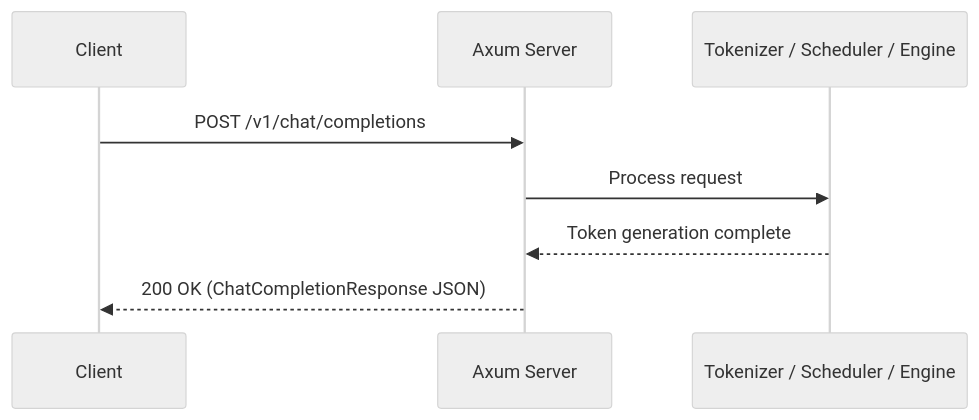
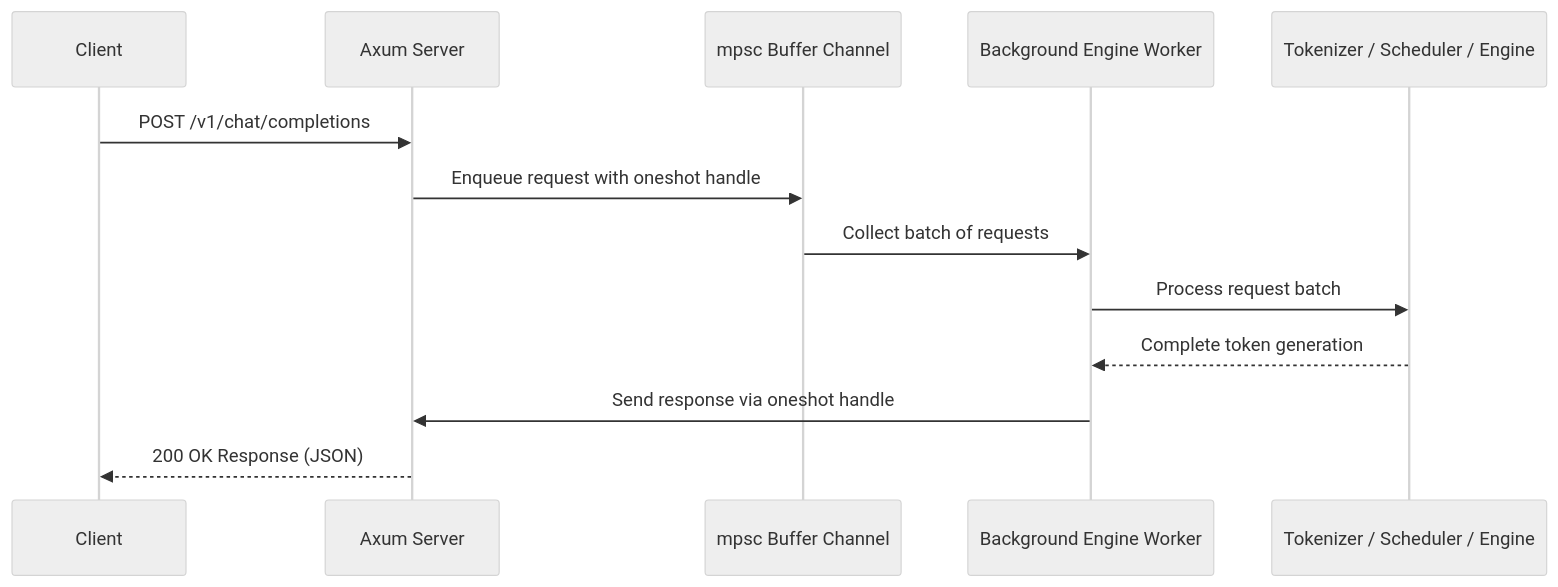
One commit to Ammar-Alnagar/mini-sglang-rs changed the first of 6 diagrams in docs/features.md. Above: the diagram before and after it, drawn with Mermaid (neutral theme). The commit also changed other lines of this file and 4 other files, not shown here.

First line of the commit message:
Update documentation and system diagrams (#4)

````diff
--- a/docs/features.md
+++ b/docs/features.md
@@ -7,11 +7,16 @@
 ```mermaid
 sequenceDiagram
     participant Client
     participant Server as Axum Server
+    participant Channel as mpsc Buffer Channel
+    participant Worker as Background Engine Worker
     participant Pipeline as Tokenizer / Scheduler / Engine
 
     Client->>Server: POST /v1/chat/completions
-    Server->>Pipeline: Process request
-    Pipeline-->>Server: Token generation complete
-    Server-->>Client: 200 OK (ChatCompletionResponse JSON)
+    Server->>Channel: Enqueue request with oneshot handle
+    Channel->>Worker: Collect batch of requests
+    Worker->>Pipeline: Process request batch
+    Pipeline-->>Worker: Complete token generation
+    Worker->>Server: Send response via oneshot handle
+    Server-->>Client: 200 OK Response (JSON)
 ```
````
